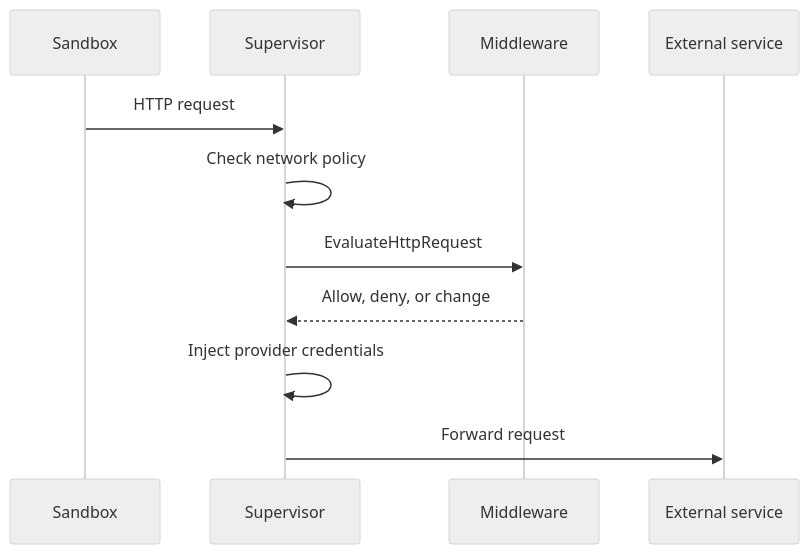
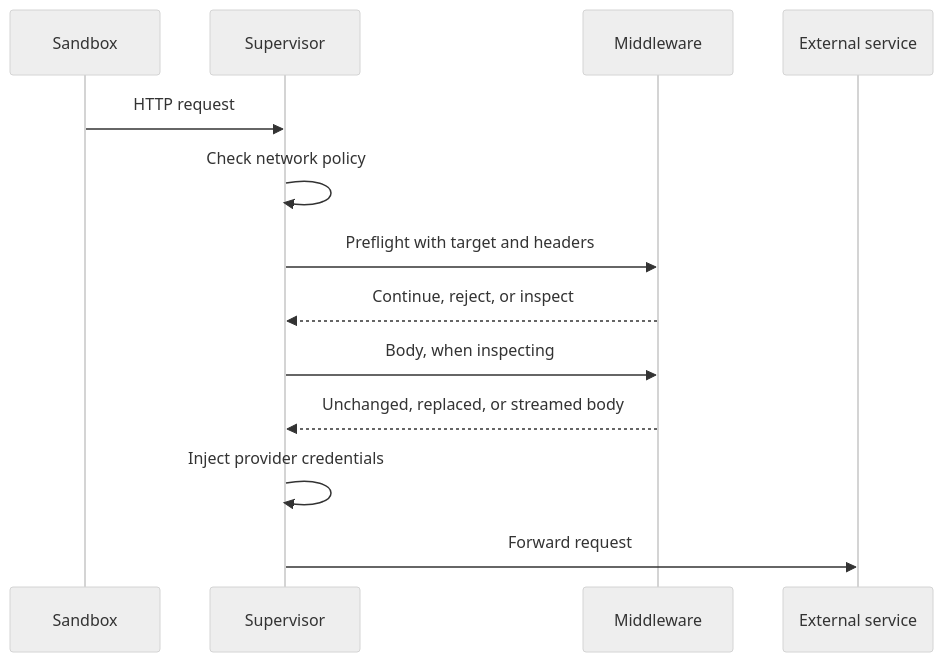
Before and after one commit to NVIDIA/OpenShell: the first of 3 diagrams in docs/extensibility/supervisor-middleware/operations.mdx, drawn with Mermaid (neutral theme). The commit also changed other lines of this file and 17 other files, not shown here.

First line of the commit message:
docs(middleware): document HTTP middleware protocol 2

````diff
--- a/docs/extensibility/supervisor-middleware/operations.mdx
+++ b/docs/extensibility/supervisor-middleware/operations.mdx
@@ -47,14 +121,16 @@
 ```mermaid
 sequenceDiagram
   participant Sandbox
   participant Supervisor
   participant Middleware
   participant Service as External service
 
   Sandbox->>Supervisor: HTTP request
   Supervisor->>Supervisor: Check network policy
-  Supervisor->>Middleware: EvaluateHttpRequest
-  Middleware-->>Supervisor: Allow, deny, or change
+  Supervisor->>Middleware: Preflight with target and headers
+  Middleware-->>Supervisor: Continue, reject, or inspect
+  Supervisor->>Middleware: Body, when inspecting
+  Middleware-->>Supervisor: Unchanged, replaced, or streamed body
   Supervisor->>Supervisor: Inject provider credentials
   Supervisor->>Service: Forward request
 ```
````
